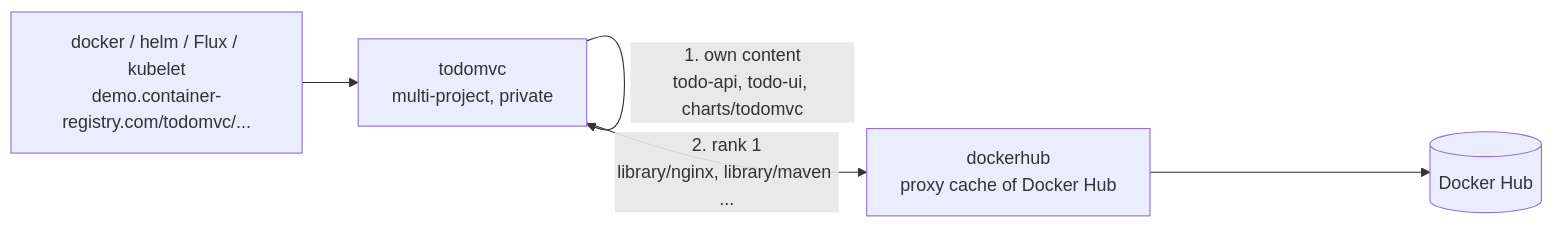
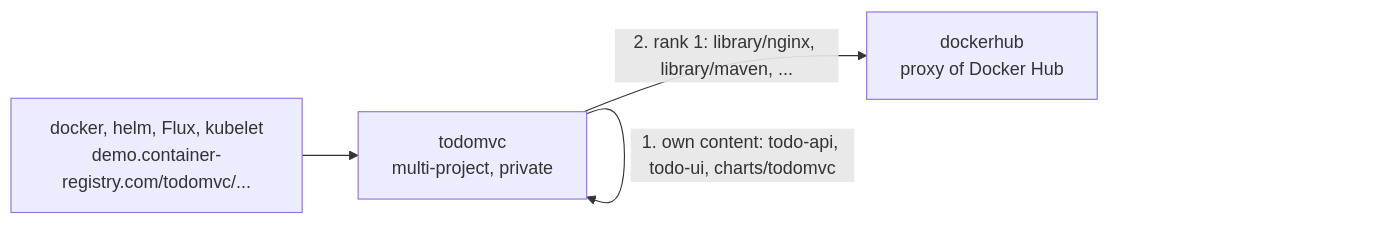
One commit to container-registry/harbor-multi-artifact-support-examples changed the diagram in docs/01-concepts.md. Above: the diagram before and after it, drawn with Mermaid. The commit also changed other lines of this file and 13 other files, not shown here.

First line of the commit message:
docs: README opens with flow, layout and trust chain; one page per step

````diff
--- a/docs/01-concepts.md
+++ b/docs/01-concepts.md
@@ -35,7 +37,6 @@
 ```mermaid
 flowchart LR
-    C["docker / helm / Flux / kubelet<br/>demo.container-registry.com/todomvc/..."] --> M["todomvc<br/>multi-project, private"]
-    M -- "1. own content<br/>todo-api, todo-ui, charts/todomvc" --> M
-    M -- "2. rank 1<br/>library/nginx, library/maven ..." --> D["dockerhub<br/>proxy cache of Docker Hub"]
-    D --> H[(Docker Hub)]
+    C["docker, helm, Flux, kubelet<br/>demo.container-registry.com/todomvc/..."] --> M["todomvc<br/>multi-project, private"]
+    M -- "1. own content: todo-api, todo-ui, charts/todomvc" --> M
+    M -- "2. rank 1: library/nginx, library/maven, ..." --> D["dockerhub<br/>proxy of Docker Hub"]
 ```
````
